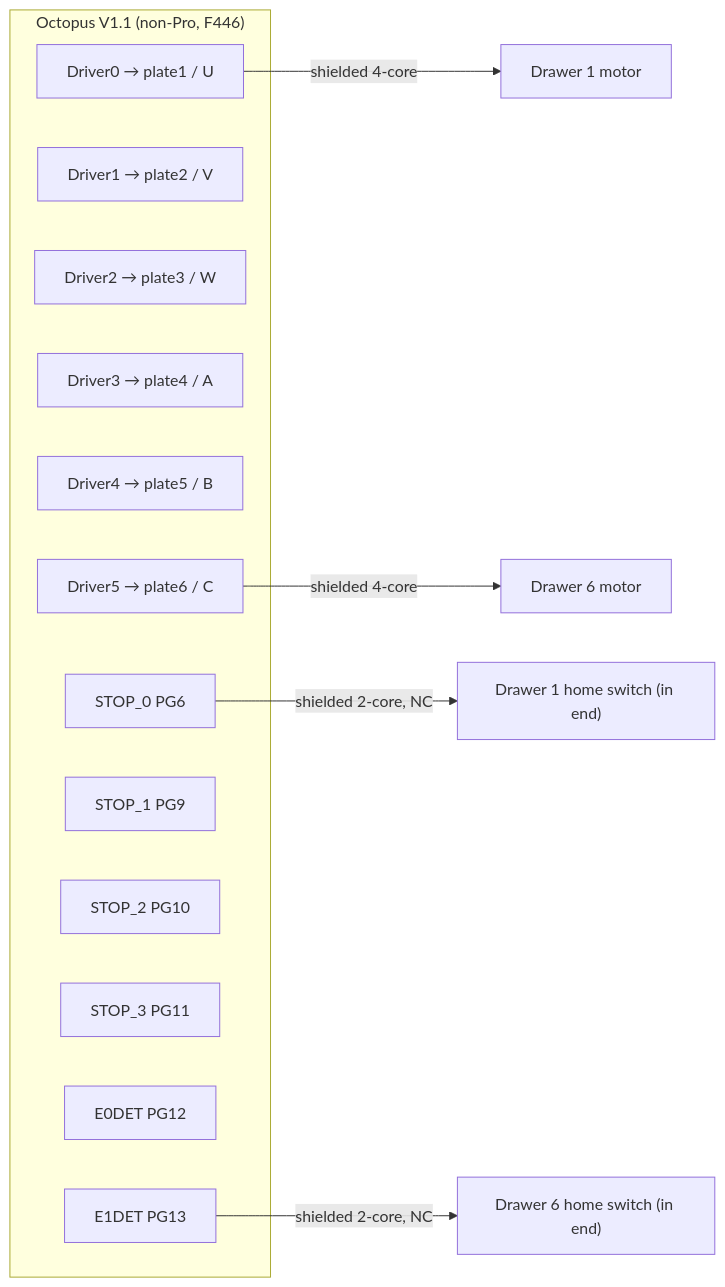
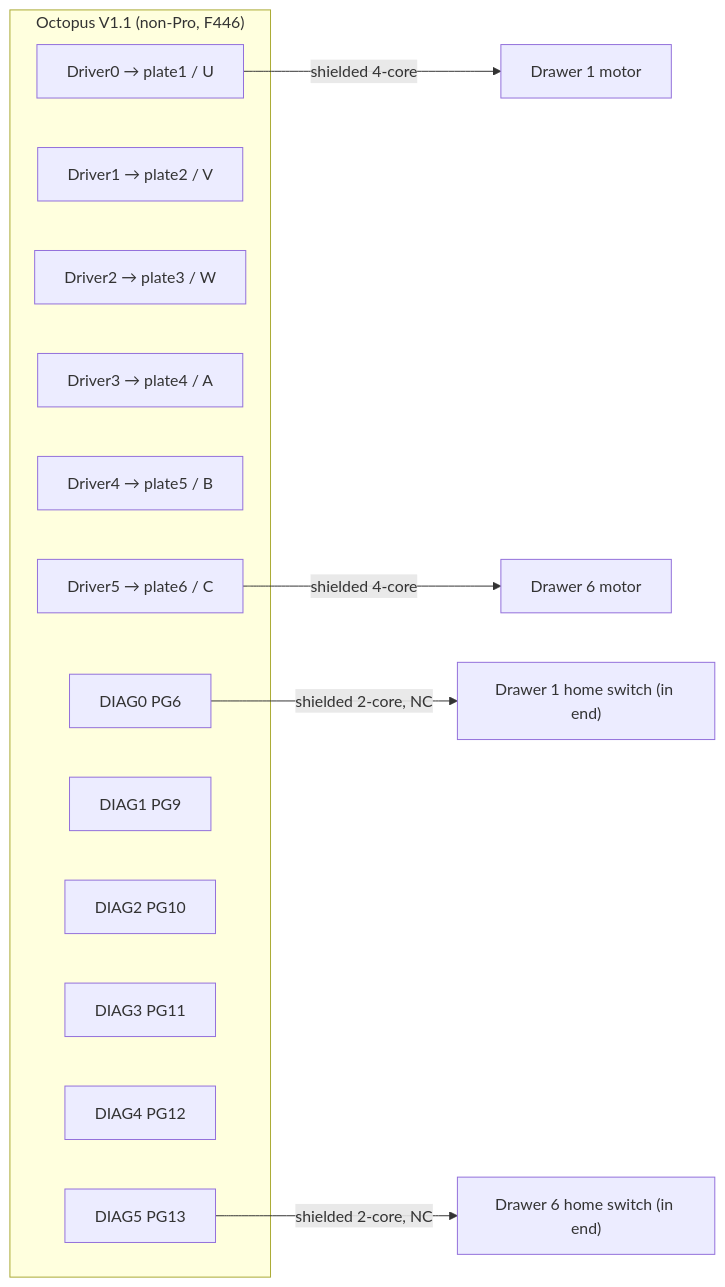
Before and after one commit to Tricca-Technologies-Inc/Tricca_AutoPipette: the fourth of 8 diagrams in docs/plans/axis-expansion/diagrams.md, drawn with Mermaid. The commit also changed 2 other files, not shown here.

Commit message:
docs(axis-expansion): name Octopus home headers DIAG0-DIAG5 (#175)
The plan called the plate home inputs STOP_0-3 and E0DET/E1DET, which
are not this board's labels. BTT's Octopus pinout labels them DIAG0-7
(5V/GND/signal). Pins are unchanged.

Claude-Session: https://claude.ai/code/session_014YWGniqLw7H6ykg56YJgut

````diff
--- a/docs/plans/axis-expansion/diagrams.md
+++ b/docs/plans/axis-expansion/diagrams.md
@@ -70,21 +70,21 @@
 ```mermaid
 flowchart LR
   subgraph OCT["Octopus V1.1 (non-Pro, F446)"]
     D0["Driver0 → plate1 / U"]
     D1["Driver1 → plate2 / V"]
     D2["Driver2 → plate3 / W"]
     D3["Driver3 → plate4 / A"]
     D4["Driver4 → plate5 / B"]
     D5["Driver5 → plate6 / C"]
-    S0["STOP_0 PG6"]
-    S1["STOP_1 PG9"]
-    S2["STOP_2 PG10"]
-    S3["STOP_3 PG11"]
-    S4["E0DET PG12"]
-    S5["E1DET PG13"]
+    S0["DIAG0 PG6"]
+    S1["DIAG1 PG9"]
+    S2["DIAG2 PG10"]
+    S3["DIAG3 PG11"]
+    S4["DIAG4 PG12"]
+    S5["DIAG5 PG13"]
   end
   D0 -- "shielded 4-core" --> M1["Drawer 1 motor"]
   S0 -- "shielded 2-core, NC" --> H1["Drawer 1 home switch (in end)"]
   D5 -- "shielded 4-core" --> M6["Drawer 6 motor"]
   S5 -- "shielded 2-core, NC" --> H6["Drawer 6 home switch (in end)"]
 ```
````
